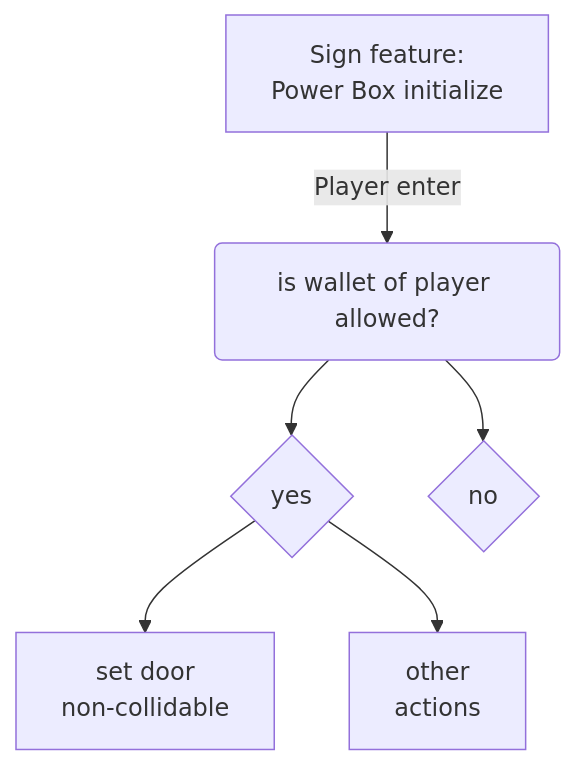
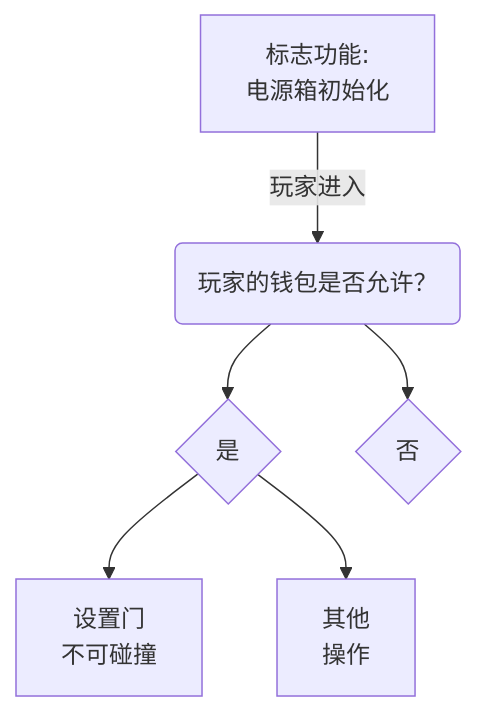
Before and after one commit to leicheng42/Voxels-Wiki-Docusaurus: the diagram in i18n/zh-Hans/docusaurus-plugin-content-docs/current/Scripting/Examples/Activate-depending-on-wallets.md, drawn with Mermaid. The commit also changed other lines of this file and 44 other files, not shown here.

````diff
--- a/i18n/zh-Hans/docusaurus-plugin-content-docs/current/Scripting/Examples/Activate-depending-on-wallets.md
+++ b/i18n/zh-Hans/docusaurus-plugin-content-docs/current/Scripting/Examples/Activate-depending-on-wallets.md
@@ -9,9 +8,9 @@
 ```mermaid
 graph TD
-    A[Sign feature: <br> Power Box initialize] -->|Player enter| C(is wallet of player allowed?)
-    C --> D{yes}
-    C --> E{no}
-    D --> F[set door <br>non-collidable]
-    D --> G[other <br> actions]
+    A[标志功能: <br> 电源箱初始化] -->|玩家进入| C(玩家的钱包是否允许？)
+    C --> D{是}
+    C --> E{否}
+    D --> F[设置门 <br> 不可碰撞]
+    D --> G[其他 <br> 操作]
             
 ```
````
